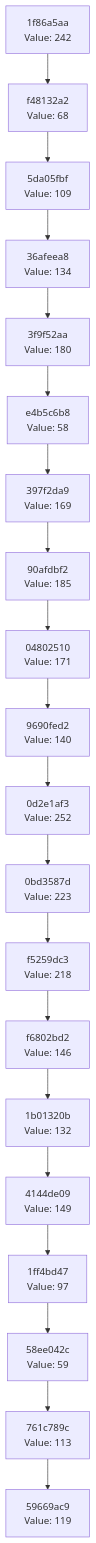
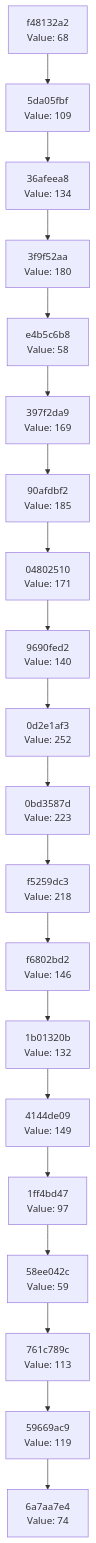
One commit to Abhisheksinha1506/hash-chain-evolver changed the diagram in docs/CHAIN_VISUALIZATION.md. Above: the diagram before and after it, drawn with Mermaid. The commit also changed 3 other files, not shown here.

````diff
--- a/docs/CHAIN_VISUALIZATION.md
+++ b/docs/CHAIN_VISUALIZATION.md
@@ -3,42 +3,42 @@
 ```mermaid
 graph TD
-    C0["59669ac9<br/>Value: 119"]
-    C1["761c789c<br/>Value: 113"]
+    C0["6a7aa7e4<br/>Value: 74"]
+    C1["59669ac9<br/>Value: 119"]
     C1 --> C0
-    C2["58ee042c<br/>Value: 59"]
+    C2["761c789c<br/>Value: 113"]
     C2 --> C1
-    C3["1ff4bd47<br/>Value: 97"]
+    C3["58ee042c<br/>Value: 59"]
     C3 --> C2
-    C4["4144de09<br/>Value: 149"]
+    C4["1ff4bd47<br/>Value: 97"]
     C4 --> C3
-    C5["1b01320b<br/>Value: 132"]
+    C5["4144de09<br/>Value: 149"]
     C5 --> C4
-    C6["f6802bd2<br/>Value: 146"]
+    C6["1b01320b<br/>Value: 132"]
     C6 --> C5
-    C7["f5259dc3<br/>Value: 218"]
+    C7["f6802bd2<br/>Value: 146"]
     C7 --> C6
-    C8["0bd3587d<br/>Value: 223"]
+    C8["f5259dc3<br/>Value: 218"]
     C8 --> C7
-    C9["0d2e1af3<br/>Value: 252"]
+    C9["0bd3587d<br/>Value: 223"]
     C9 --> C8
-    C10["9690fed2<br/>Value: 140"]
+    C10["0d2e1af3<br/>Value: 252"]
     C10 --> C9
-    C11["04802510<br/>Value: 171"]
+    C11["9690fed2<br/>Value: 140"]
     C11 --> C10
-    C12["90afdbf2<br/>Value: 185"]
+    C12["04802510<br/>Value: 171"]
     C12 --> C11
-    C13["397f2da9<br/>Value: 169"]
+    C13["90afdbf2<br/>Value: 185"]
     C13 --> C12
-    C14["e4b5c6b8<br/>Value: 58"]
+    C14["397f2da9<br/>Value: 169"]
     C14 --> C13
-    C15["3f9f52aa<br/>Value: 180"]
+    C15["e4b5c6b8<br/>Value: 58"]
     C15 --> C14
-    C16["36afeea8<br/>Value: 134"]
+    C16["3f9f52aa<br/>Value: 180"]
     C16 --> C15
-    C17["5da05fbf<br/>Value: 109"]
+    C17["36afeea8<br/>Value: 134"]
     C17 --> C16
-    C18["f48132a2<br/>Value: 68"]
+    C18["5da05fbf<br/>Value: 109"]
     C18 --> C17
-    C19["1f86a5aa<br/>Value: 242"]
+    C19["f48132a2<br/>Value: 68"]
     C19 --> C18
 ```
````
